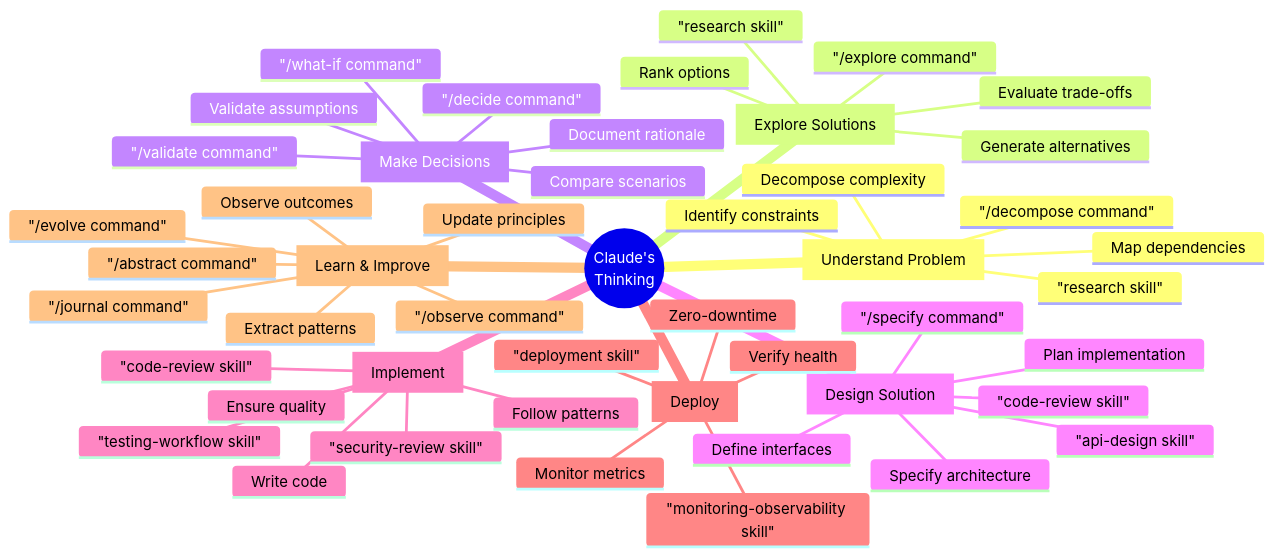
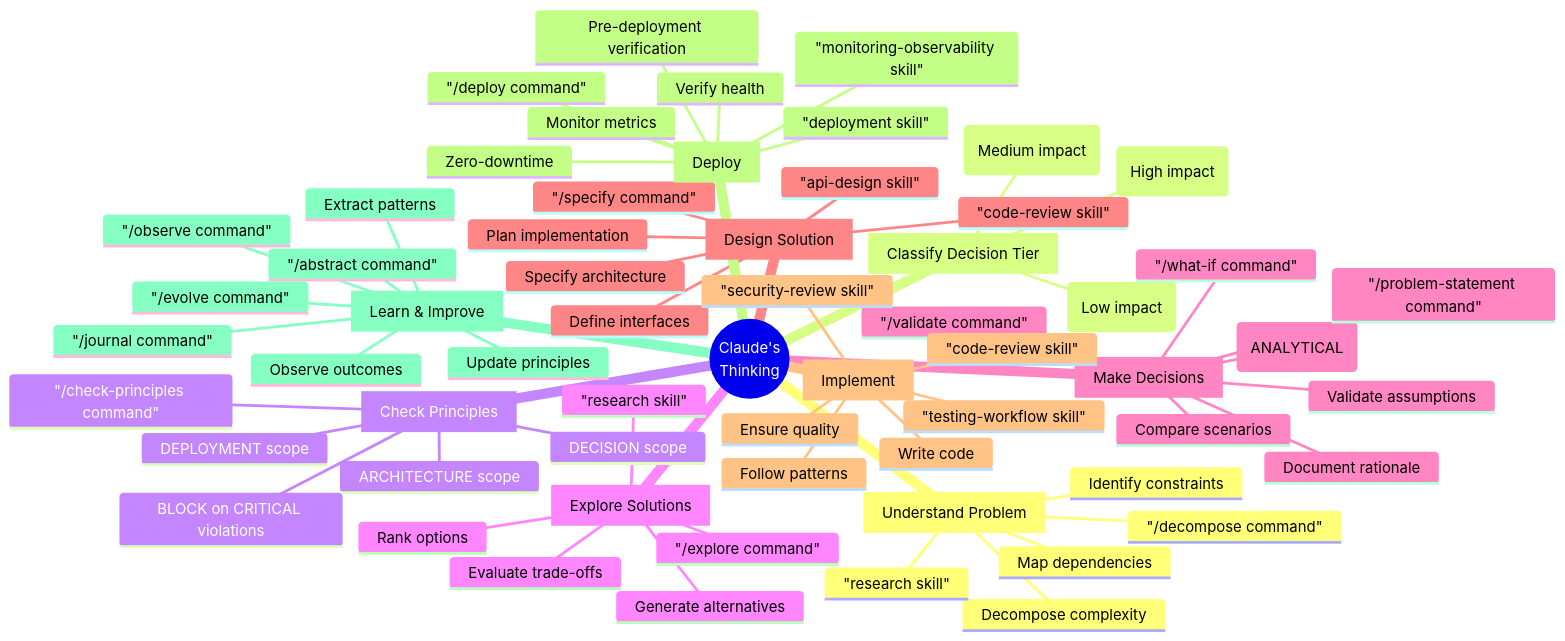
Diagram 11 of 11 in .claude/diagrams/thinking-process-architecture.md (Awannaphasch2016/dr-daily-report), drawn with Mermaid before and after one commit. The commit also changed other lines of this file, not shown here.

First line of the commit message:
docs: Integrate principle-first decision workflow into architecture diagram

````diff
--- a/.claude/diagrams/thinking-process-architecture.md
+++ b/.claude/diagrams/thinking-process-architecture.md
@@ -887,57 +1137,72 @@
 ```mermaid
 mindmap
     root((Claude's<br/>Thinking))
         UNDERSTAND[Understand Problem]
             Decompose complexity
             Identify constraints
             Map dependencies
             "/decompose command"
             "research skill"
+
+        CLASSIFY[Classify Decision Tier]
+            STRATEGIC (High impact)
+            ANALYTICAL (Medium impact)
+            TACTICAL (Low impact)
+
+        CHECK_PRINCIPLES[Check Principles]
+            "/check-principles command"
+            DEPLOYMENT scope
+            ARCHITECTURE scope
+            DECISION scope
+            BLOCK on CRITICAL violations
 
         EXPLORE[Explore Solutions]
             Generate alternatives
             Evaluate trade-offs
             Rank options
             "/explore command"
             "research skill"
 
         DECIDE[Make Decisions]
             Compare scenarios
             Validate assumptions
+            Reference principles (ANALYTICAL)
             Document rationale
             "/what-if command"
-            "/decide command"
+            "/problem-statement command"
             "/validate command"
 
         DESIGN[Design Solution]
             Specify architecture
             Define interfaces
             Plan implementation
             "/specify command"
             "api-design skill"
             "code-review skill"
 
         IMPLEMENT[Implement]
             Write code
             Follow patterns
             Ensure quality
             "code-review skill"
             "testing-workflow skill"
             "security-review skill"
 
         DEPLOY[Deploy]
+            Pre-deployment verification
             Zero-downtime
             Verify health
             Monitor metrics
+            "/deploy command"
             "deployment skill"
             "monitoring-observability skill"
 
         LEARN[Learn & Improve]
             Observe outcomes
             Extract patterns
             Update principles
             "/observe command"
             "/journal command"
             "/abstract command"
             "/evolve command"
 ```
````
